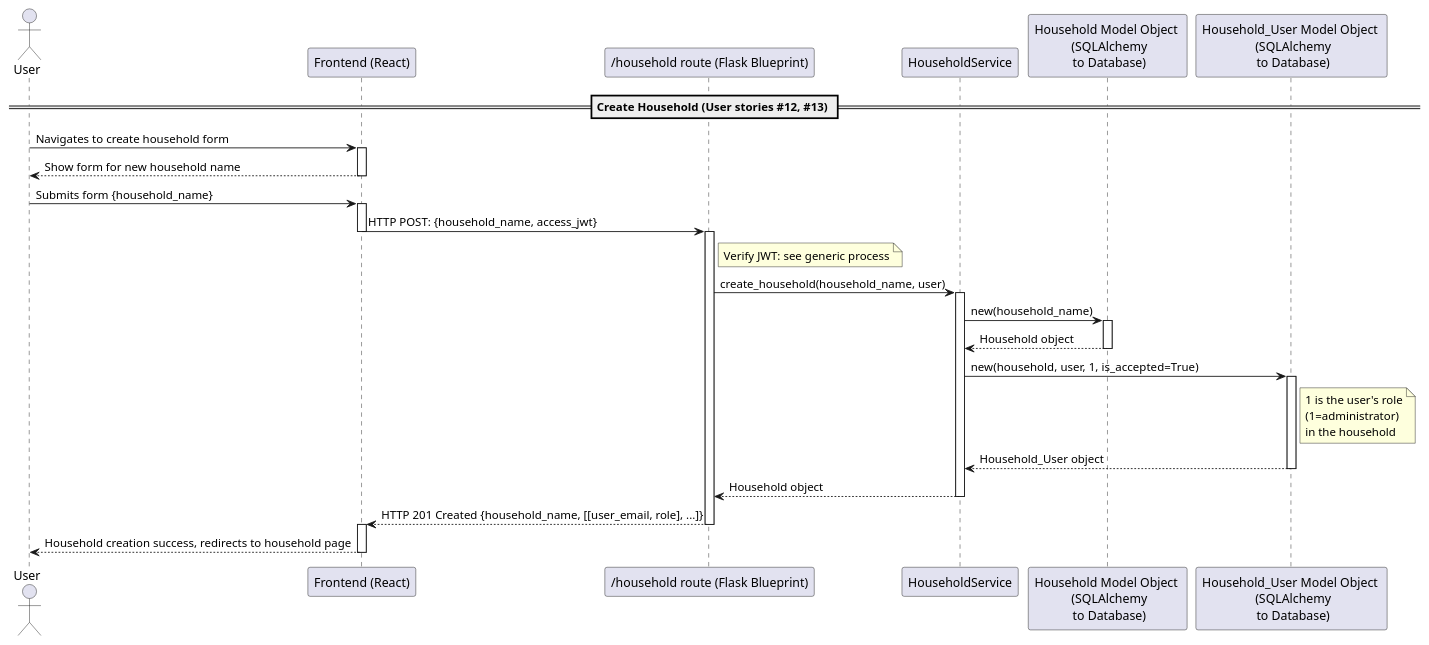
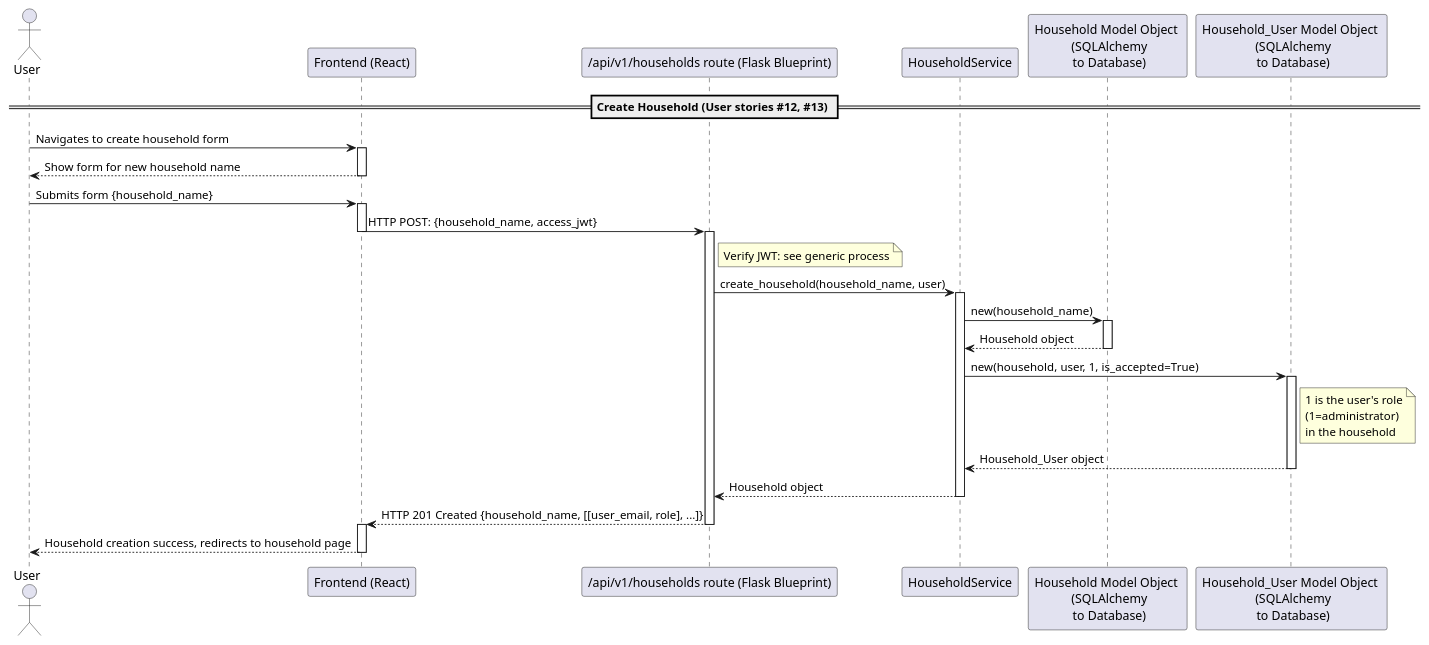
Before and after one commit to dominikoetiker/TheMentalLoadHub: the diagram in docs/src/diagrams/uml/sequence/household/create_household.puml, drawn with PlantUML. The commit also changed 26 other files, not shown here.

Commit message:
Update README and UML diagrams to reflect a more RESTful API naming

```diff
--- a/docs/src/diagrams/uml/sequence/household/create_household.puml
+++ b/docs/src/diagrams/uml/sequence/household/create_household.puml
@@ -1,38 +1,38 @@
 @startuml CreateHouseholdSequence
 actor "User" as User
 participant "Frontend (React)" as FE
-participant "/household route (Flask Blueprint)" as HR
+participant "/api/v1/households route (Flask Blueprint)" as HR
 participant "HouseholdService" as HS
 participant "Household Model Object \n (SQLAlchemy\n to Database)" as HM
 participant "Household_User Model Object \n (SQLAlchemy\n to Database)" as HUM
 
 == Create Household (User stories #12, #13) ==
 User -> FE: Navigates to create household form
 activate FE
 User <-- FE: Show form for new household name
 deactivate FE
 User -> FE: Submits form {household_name}
 activate FE
 FE -> HR: HTTP POST: {household_name, access_jwt}
 deactivate FE
 activate HR
 note right of HR: Verify JWT: see generic process
 HR -> HS: create_household(household_name, user)
 activate HS
 HS -> HM: new(household_name)
 activate HM
 HS <-- HM: Household object
 deactivate HM
 HS -> HUM: new(household, user, 1, is_accepted=True)
 note right of HUM: 1 is the user's role\n(1=administrator)\nin the household
 activate HUM
 HS <-- HUM: Household_User object
 deactivate HUM
 HR <-- HS: Household object
 deactivate HS
 HR --> FE: HTTP 201 Created {household_name, [[user_email, role], ...]}
 deactivate HR
 activate FE
 User <-- FE: Household creation success, redirects to household page
 deactivate FE
 @enduml
```
